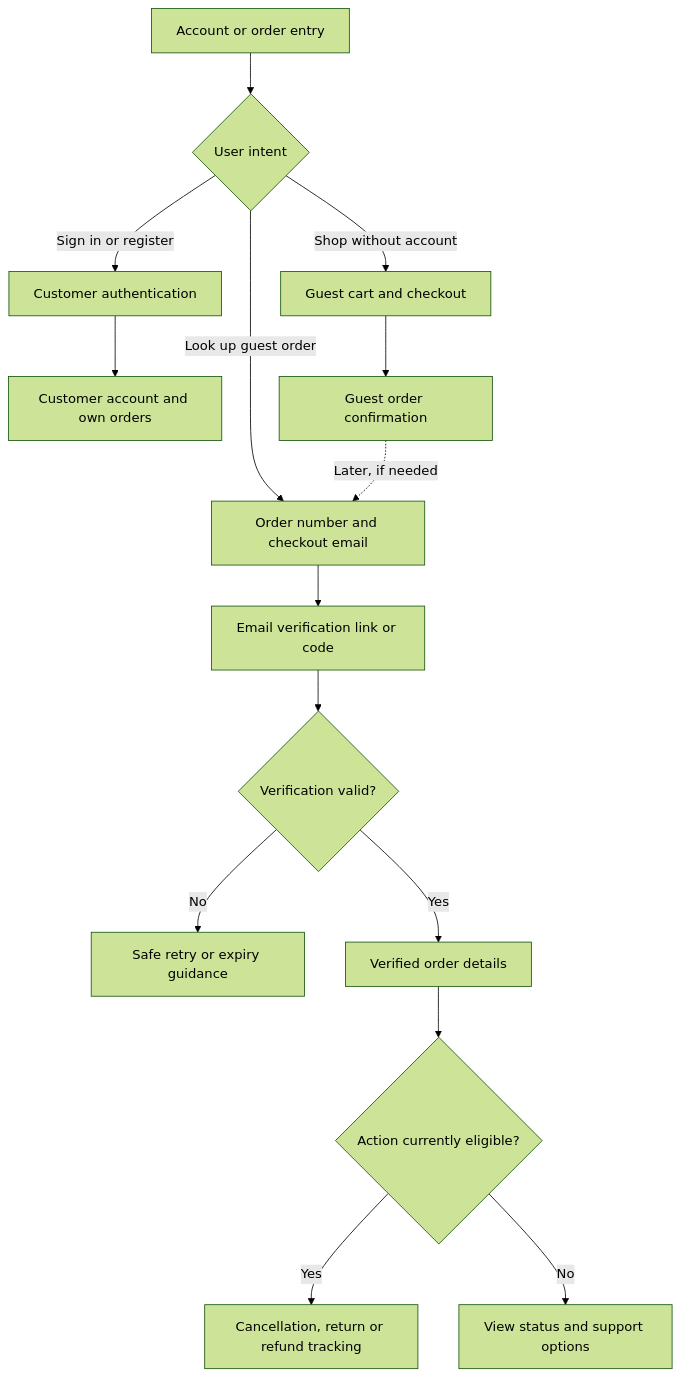
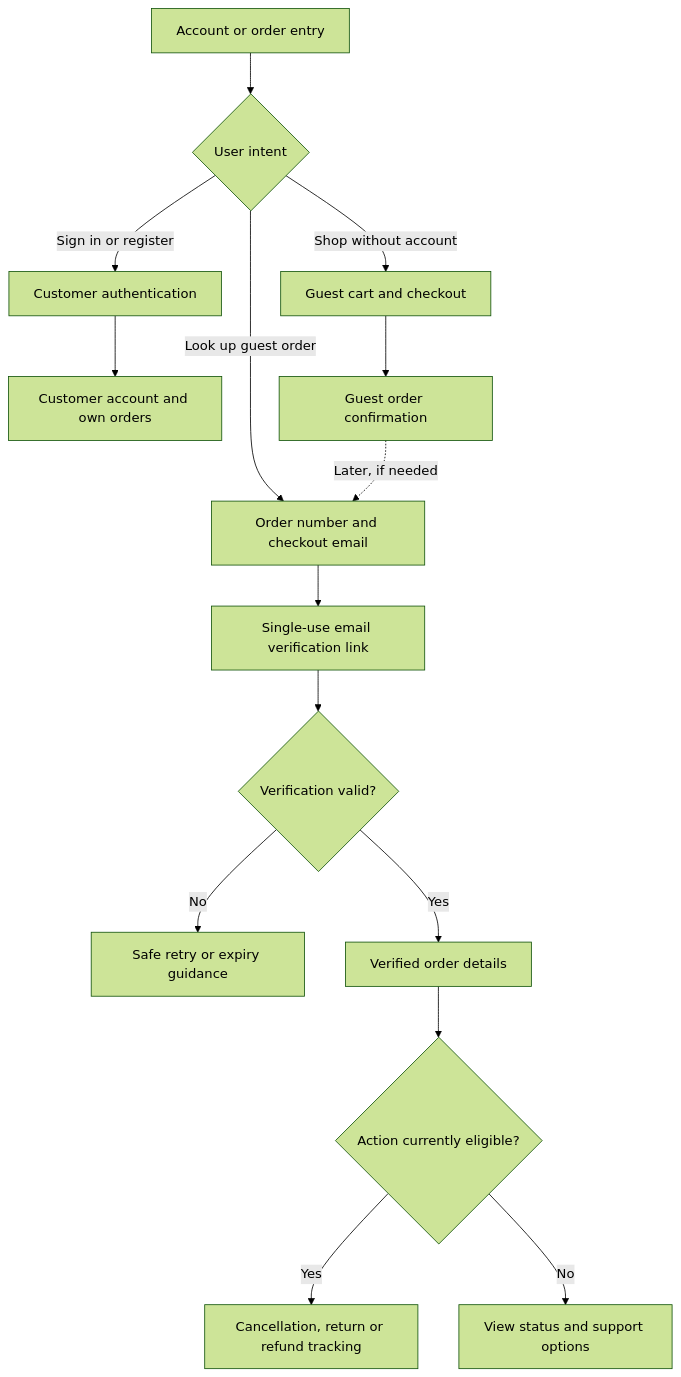
The fourth of 5 diagrams in docs/DESIGN.md (mdnuruzzamannirob/sportzone), drawn with Mermaid (forest theme) before and after one commit. The commit also changed other lines of this file and 12 other files, not shown here.

````diff
--- a/docs/DESIGN.md
+++ b/docs/DESIGN.md
@@ -609,17 +611,17 @@
 ```mermaid
 flowchart TD
     Entry[Account or order entry] --> Path{User intent}
     Path -->|Sign in or register| Auth[Customer authentication]
     Auth --> Account[Customer account and own orders]
     Path -->|Shop without account| GuestCart[Guest cart and checkout]
     GuestCart --> GuestOrder[Guest order confirmation]
     Path -->|Look up guest order| Lookup[Order number and checkout email]
     GuestOrder -.->|Later, if needed| Lookup
-    Lookup --> Proof[Email verification link or code]
+    Lookup --> Proof[Single-use email verification link]
     Proof --> Valid{Verification valid?}
     Valid -->|No| Retry[Safe retry or expiry guidance]
     Valid -->|Yes| Scoped[Verified order details]
     Scoped --> Action{Action currently eligible?}
     Action -->|Yes| Allowed[Cancellation, return or refund tracking]
     Action -->|No| ViewOnly[View status and support options]
 ```
````
